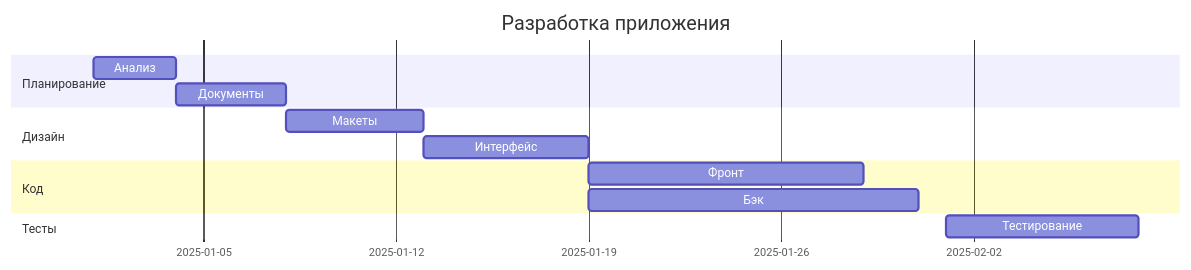
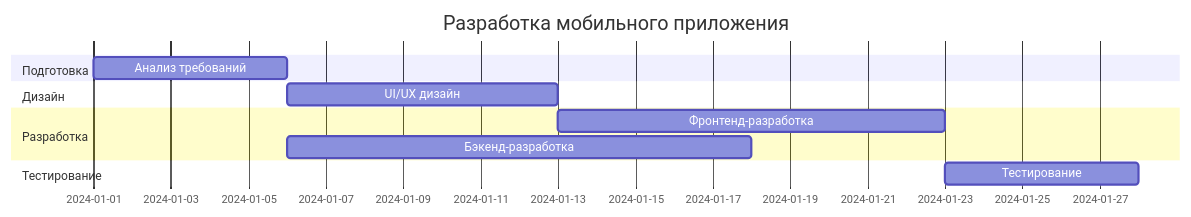
One commit to Evgeny65ok/mermaid-diagrams changed the third of 9 diagrams in README.md. Above: the diagram before and after it, drawn with Mermaid. The commit also changed other lines of this file, not shown here.

````diff
--- a/README.md
+++ b/README.md
@@ -62,16 +72,14 @@
 ```mermaid
 gantt
-    title Разработка приложения
-    dateFormat DD-MM
-    section Планирование
-    Анализ :01-01, 3d
-    Документы :04-01, 4d
+    title Разработка мобильного приложения
+    dateFormat YYYY-MM-DD
+    section Подготовка
+    Анализ требований :a1, 2024-01-01, 5d
     section Дизайн
-    Макеты :08-01, 5d
-    Интерфейс :13-01, 6d
-    section Код
-    Фронт :19-01, 10d
-    Бэк :19-01, 12d
-    section Тесты
-    Тестирование :01-02, 7d
+    UI/UX дизайн :a2, after a1, 7d
+    section Разработка
+    Фронтенд-разработка :a3, after a2, 10d
+    Бэкенд-разработка :a4, after a1, 12d
+    section Тестирование
+    Тестирование :a5, after a3 a4, 5d
 ```
````
